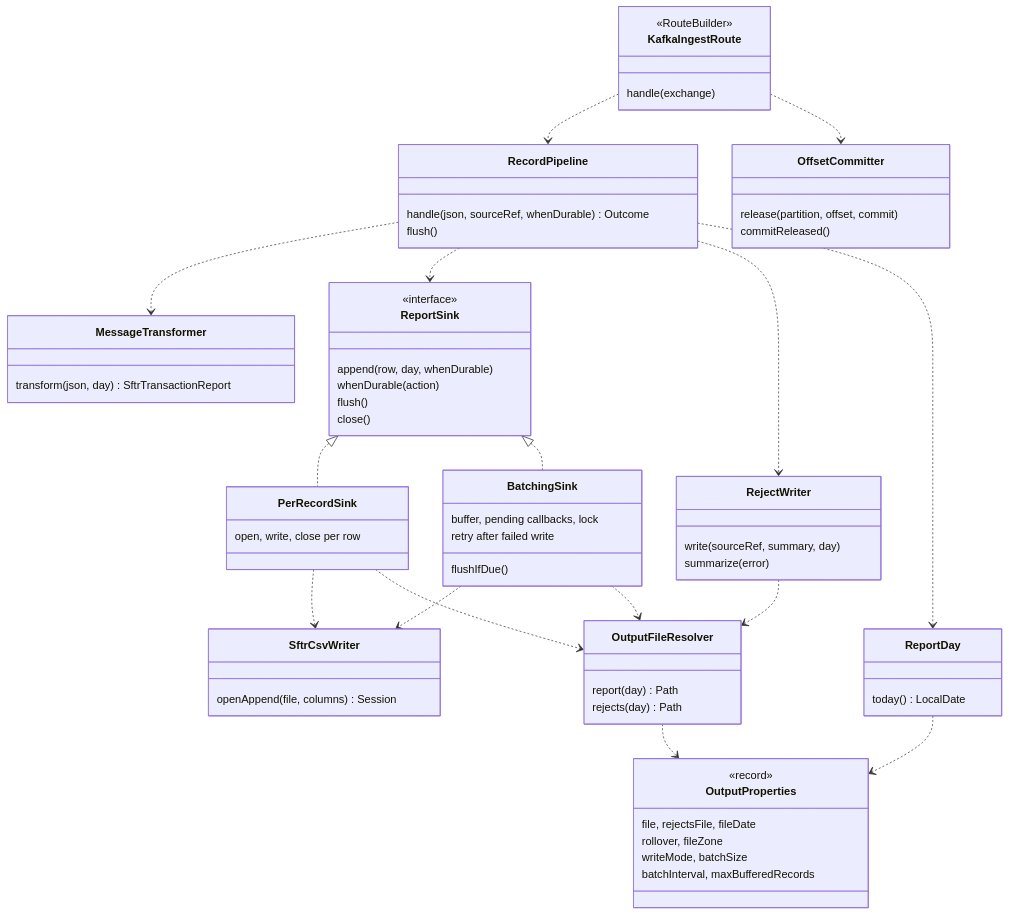
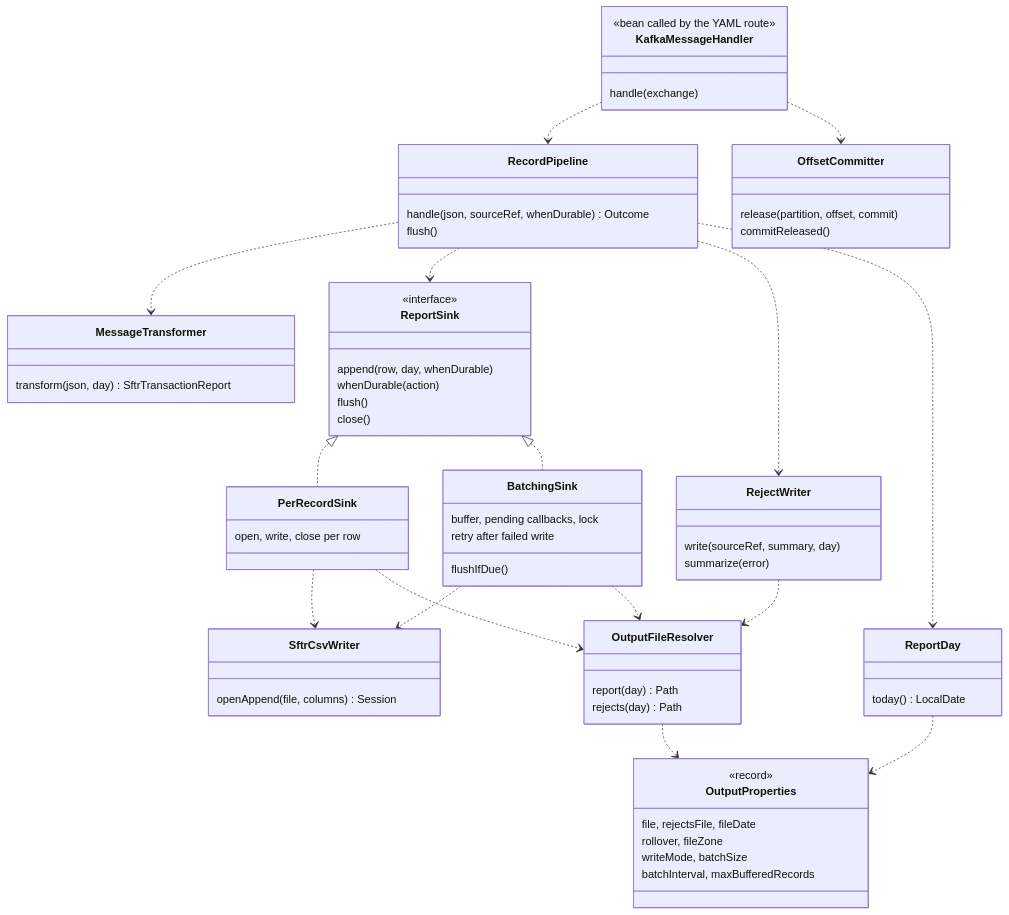
Before and after one commit to shanregs/msg-transformer: the fifth of 9 diagrams in docs/c4-architecture.md, drawn with Mermaid. The commit also changed other lines of this file and 8 other files, not shown here.

First line of the commit message:
Docs: message publisher, YAML Kafka route, mapper/ path

````diff
--- a/docs/c4-architecture.md
+++ b/docs/c4-architecture.md
@@ -158,70 +158,70 @@
 ```mermaid
 classDiagram
     class RecordPipeline {
         handle(json, sourceRef, whenDurable) Outcome
         flush()
     }
     class MessageTransformer {
         transform(json, day) SftrTransactionReport
     }
     class ReportSink {
         <<interface>>
         append(row, day, whenDurable)
         whenDurable(action)
         flush()
         close()
     }
     class PerRecordSink {
         open, write, close per row
     }
     class BatchingSink {
         buffer, pending callbacks, lock
         flushIfDue()
         retry after failed write
     }
     class RejectWriter {
         write(sourceRef, summary, day)
         summarize(error)
     }
     class OutputFileResolver {
         report(day) Path
         rejects(day) Path
     }
     class ReportDay {
         today() LocalDate
     }
     class OutputProperties {
         <<record>>
         file, rejectsFile, fileDate
         rollover, fileZone
         writeMode, batchSize
         batchInterval, maxBufferedRecords
     }
     class OffsetCommitter {
         release(partition, offset, commit)
         commitReleased()
     }
-    class KafkaIngestRoute {
-        <<RouteBuilder>>
+    class KafkaMessageHandler {
+        <<bean called by the YAML route>>
         handle(exchange)
     }
     class SftrCsvWriter {
         openAppend(file, columns) Session
     }
 
     ReportSink <|.. PerRecordSink
     ReportSink <|.. BatchingSink
     RecordPipeline ..> MessageTransformer
     RecordPipeline ..> ReportSink
     RecordPipeline ..> RejectWriter
     RecordPipeline ..> ReportDay
     PerRecordSink ..> SftrCsvWriter
     BatchingSink ..> SftrCsvWriter
     PerRecordSink ..> OutputFileResolver
     BatchingSink ..> OutputFileResolver
     RejectWriter ..> OutputFileResolver
     OutputFileResolver ..> OutputProperties
     ReportDay ..> OutputProperties
-    KafkaIngestRoute ..> RecordPipeline
-    KafkaIngestRoute ..> OffsetCommitter
+    KafkaMessageHandler ..> RecordPipeline
+    KafkaMessageHandler ..> OffsetCommitter
 ```
````
